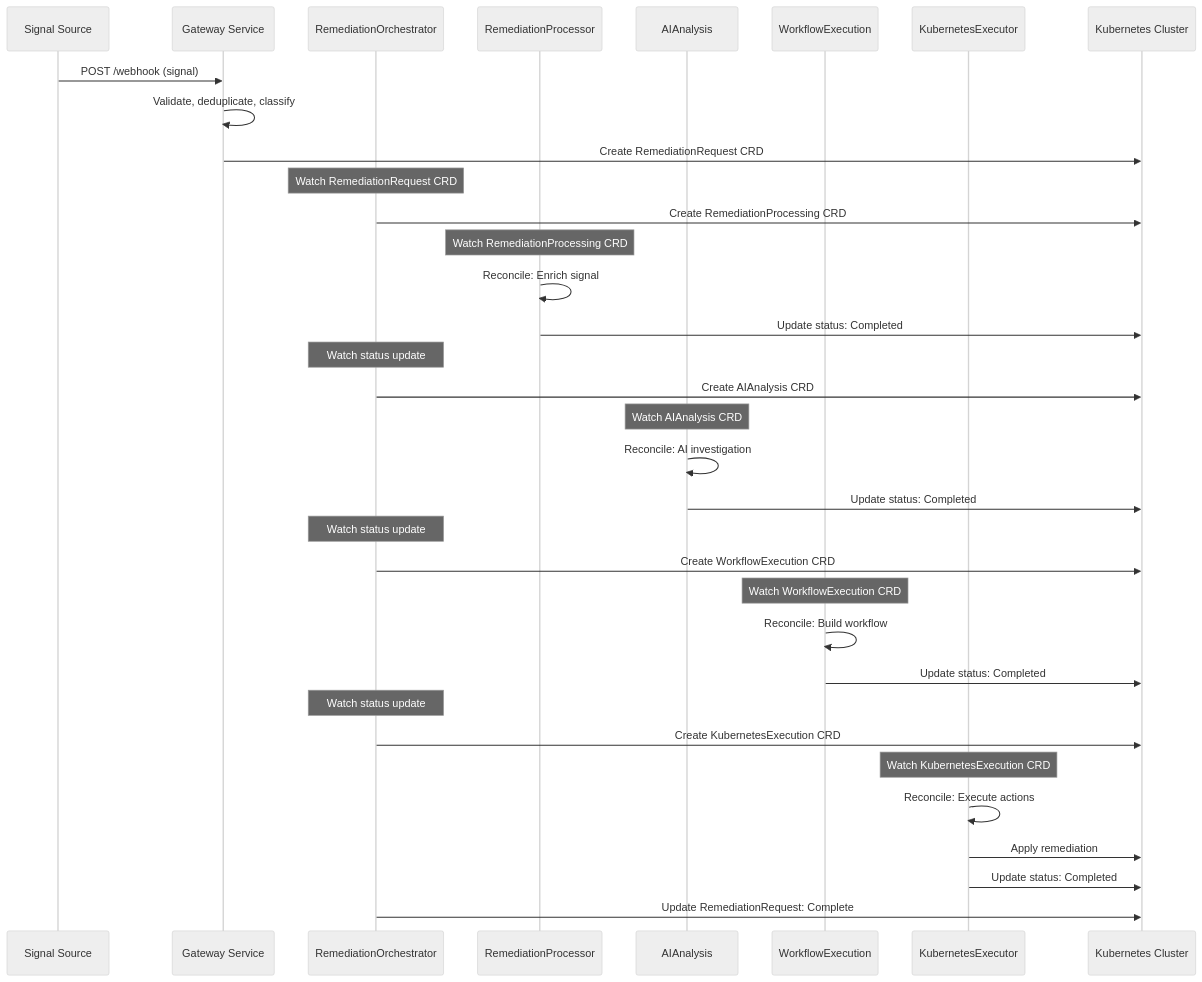
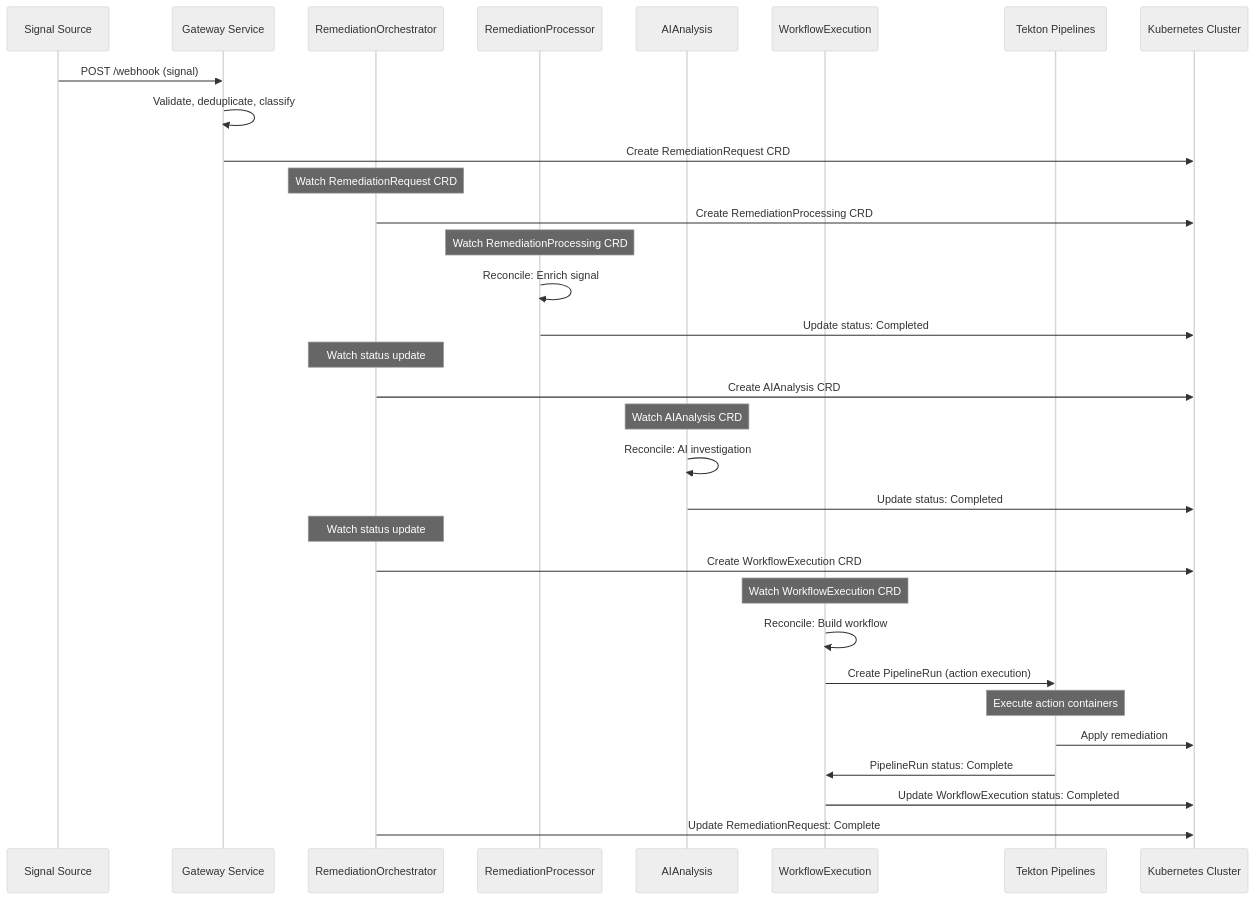
One commit to jordigilh/kubernaut changed the diagram in README.md. Above: the diagram before and after it, drawn with Mermaid (neutral theme). The commit also changed other lines of this file and 504 other files, not shown here.

````diff
--- a/README.md
+++ b/README.md
@@ -130,46 +158,44 @@
 ```mermaid
 sequenceDiagram
     participant SRC as Signal Source
     participant GW as Gateway Service
     participant ORCH as RemediationOrchestrator
     participant RP as RemediationProcessor
     participant AI as AIAnalysis
     participant WF as WorkflowExecution
-    participant EX as KubernetesExecutor
+    participant TEK as Tekton Pipelines
     participant K8S as Kubernetes Cluster
 
     SRC->>GW: POST /webhook (signal)
     GW->>GW: Validate, deduplicate, classify
     GW->>K8S: Create RemediationRequest CRD
 
     Note over ORCH: Watch RemediationRequest CRD
     ORCH->>K8S: Create RemediationProcessing CRD
 
     Note over RP: Watch RemediationProcessing CRD
     RP->>RP: Reconcile: Enrich signal
     RP->>K8S: Update status: Completed
 
     Note over ORCH: Watch status update
     ORCH->>K8S: Create AIAnalysis CRD
 
     Note over AI: Watch AIAnalysis CRD
     AI->>AI: Reconcile: AI investigation
     AI->>K8S: Update status: Completed
 
     Note over ORCH: Watch status update
     ORCH->>K8S: Create WorkflowExecution CRD
 
     Note over WF: Watch WorkflowExecution CRD
     WF->>WF: Reconcile: Build workflow
-    WF->>K8S: Update status: Completed
+    WF->>TEK: Create PipelineRun (action execution)
 
-    Note over ORCH: Watch status update
-    ORCH->>K8S: Create KubernetesExecution CRD
+    Note over TEK: Execute action containers
+    TEK->>K8S: Apply remediation
+    TEK->>WF: PipelineRun status: Complete
 
-    Note over EX: Watch KubernetesExecution CRD
-    EX->>EX: Reconcile: Execute actions
-    EX->>K8S: Apply remediation
-    EX->>K8S: Update status: Completed
+    WF->>K8S: Update WorkflowExecution status: Completed
 
     ORCH->>K8S: Update RemediationRequest: Complete
 ```
````
